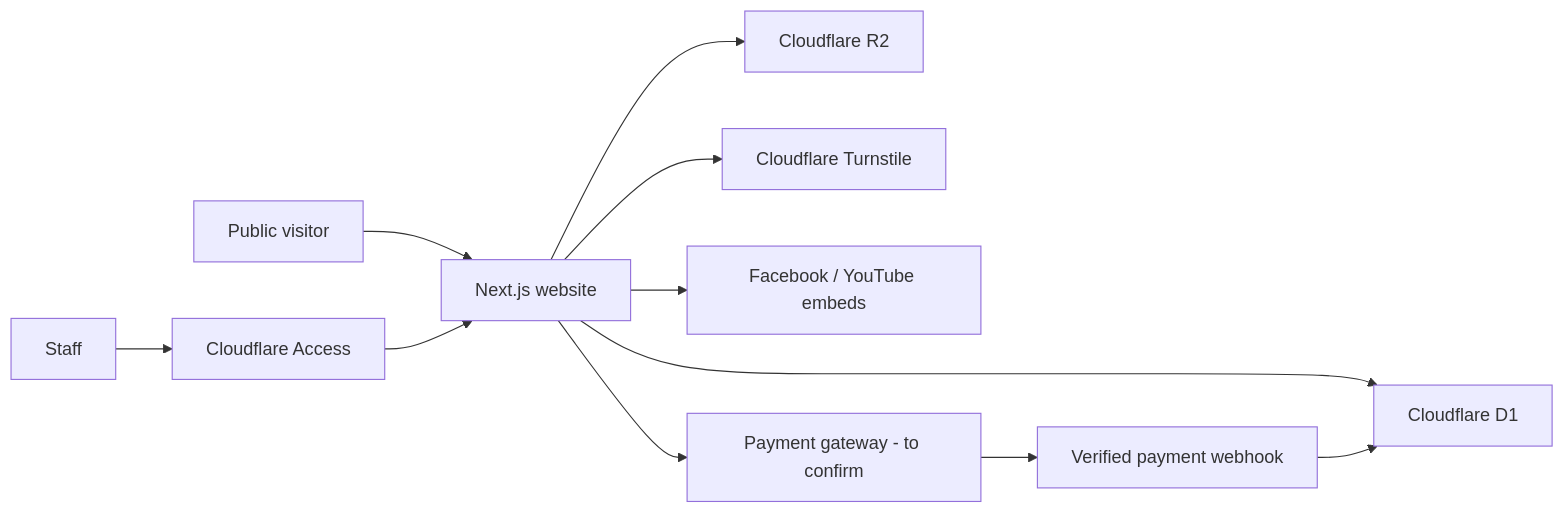
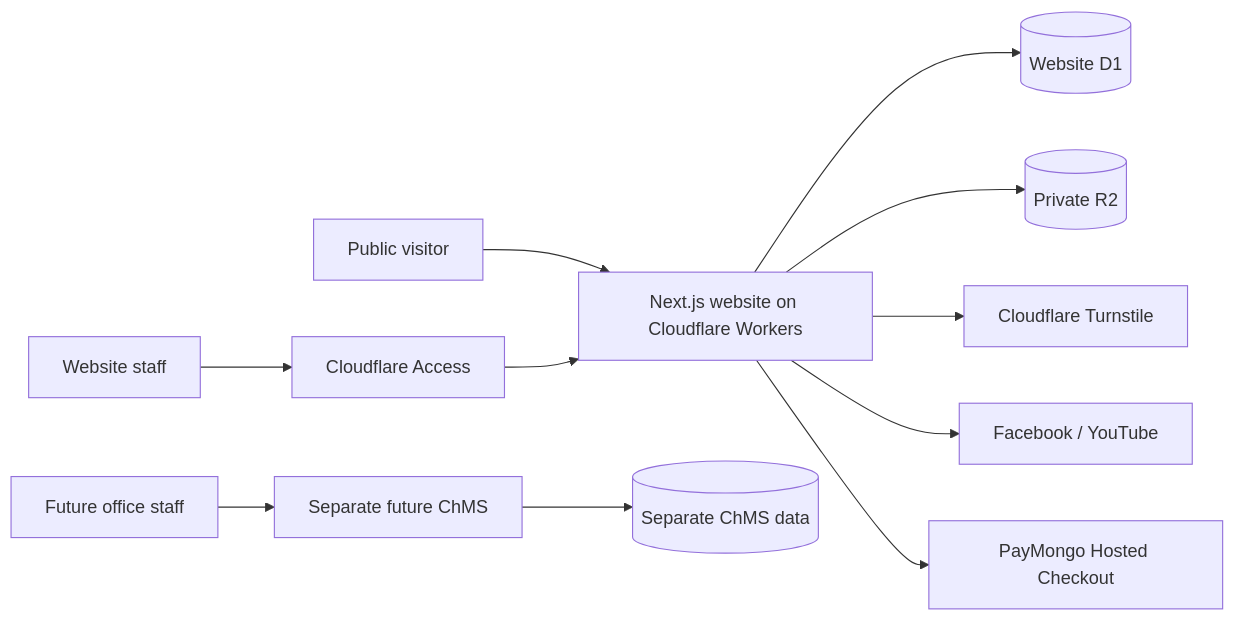
The diagram in docs/ARCHITECTURE.md (rho-alpadilla/LCM-Website), drawn with Mermaid before and after one commit. The commit also changed other lines of this file and 46 other files, not shown here.

Commit message:
feat: complete Phase 5 prayer architecture checkpoint

````diff
--- a/docs/ARCHITECTURE.md
+++ b/docs/ARCHITECTURE.md
@@ -35,13 +15,13 @@
 ```mermaid
 flowchart LR
-    Visitor["Public visitor"] --> App["Next.js website"]
-    Staff --> Access["Cloudflare Access"]
-    Access --> App
-    App --> Database["Cloudflare D1"]
-    App --> Storage["Cloudflare R2"]
-    App --> Bot["Cloudflare Turnstile"]
-    App --> Video["Facebook / YouTube embeds"]
-    App --> Payment["Payment gateway - to confirm"]
-    Payment --> Webhook["Verified payment webhook"]
-    Webhook --> Database
+  Visitor[Public visitor] --> Website[Next.js website on Cloudflare Workers]
+  Staff[Website staff] --> Access[Cloudflare Access]
+  Access --> Website
+  Website --> D1[(Website D1)]
+  Website --> R2[(Private R2)]
+  Website --> Turnstile[Cloudflare Turnstile]
+  Website --> Media[Facebook / YouTube]
+  Website --> PayMongo[PayMongo Hosted Checkout]
+  Office[Future office staff] --> ChMS[Separate future ChMS]
+  ChMS --> ChMSData[(Separate ChMS data)]
 ```
````
